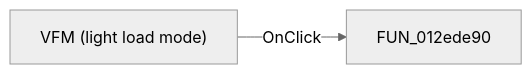
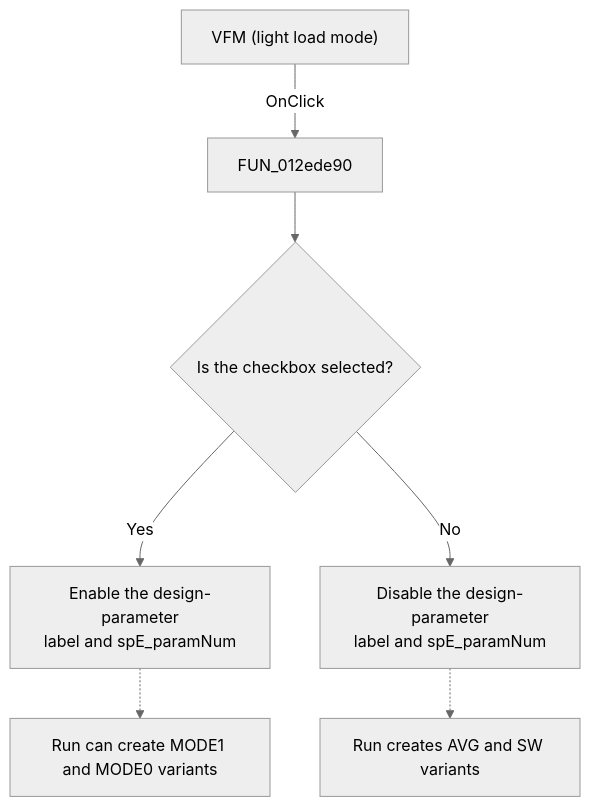
The diagram in docs/ui-controls/modreplicationfile/chkblightloadmode-2349b843c3.md (MovGP0/TIARA), drawn with Mermaid (neutral theme) before and after one commit. The commit also changed other lines of this file and 1062 other files, not shown here.

````diff
--- a/docs/ui-controls/modreplicationfile/chkblightloadmode-2349b843c3.md
+++ b/docs/ui-controls/modreplicationfile/chkblightloadmode-2349b843c3.md
@@ -27,4 +31,9 @@
 ```mermaid
-flowchart LR
+flowchart TD
     control["VFM (light load mode)"] -->|OnClick| handler["FUN_012ede90"]
+    handler --> checked{"Is the checkbox selected?"}
+    checked -->|Yes| enable["Enable the design-parameter<br/>label and spE_paramNum"]
+    checked -->|No| disable["Disable the design-parameter<br/>label and spE_paramNum"]
+    enable -.-> run["Run can create MODE1 and MODE0 variants"]
+    disable -.-> runSimple["Run creates AVG and SW variants"]
 ```
````
